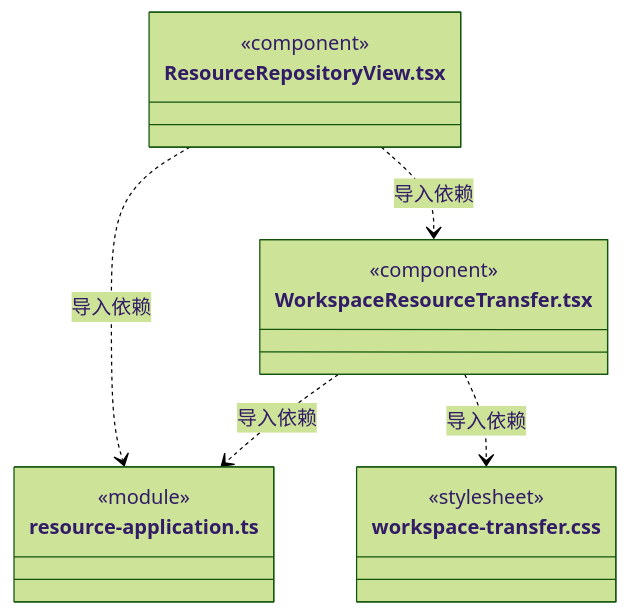
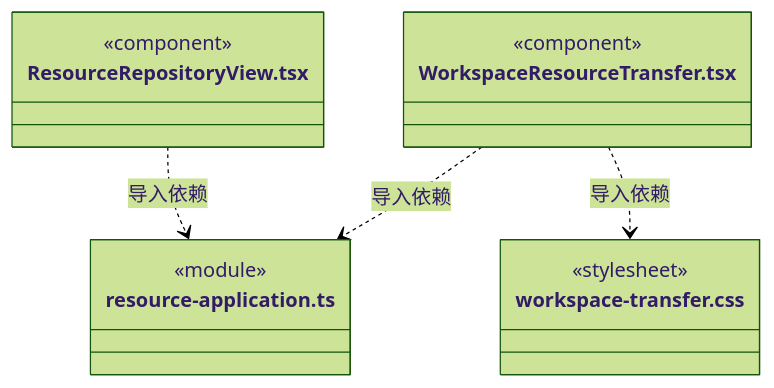
Diagram 15 of 15 in src/frontend/resources/ARCHITECTURE.md (nan023062/cbim), drawn with Mermaid (forest theme) before and after one commit. The commit also changed other lines of this file and 49 other files, not shown here.

````diff
--- a/src/frontend/resources/ARCHITECTURE.md
+++ b/src/frontend/resources/ARCHITECTURE.md
@@ -135,19 +251,18 @@
 ```mermaid
 classDiagram
 class N_src_frontend_resources_ResourceRepositoryView_tsx["ResourceRepositoryView.tsx"] {
   <<component>>
 }
+class N_src_frontend_resources_resource_application_ts["resource-application.ts"] {
+  <<module>>
+}
 class N_src_frontend_resources_WorkspaceResourceTransfer_tsx["WorkspaceResourceTransfer.tsx"] {
   <<component>>
-}
-class N_src_frontend_resources_resource_application_ts["resource-application.ts"] {
-  <<module>>
 }
 class N_src_frontend_resources_workspace_transfer_css["workspace-transfer.css"] {
   <<stylesheet>>
 }
-N_src_frontend_resources_ResourceRepositoryView_tsx ..> N_src_frontend_resources_WorkspaceResourceTransfer_tsx : 导入依赖
 N_src_frontend_resources_ResourceRepositoryView_tsx ..> N_src_frontend_resources_resource_application_ts : 导入依赖
 N_src_frontend_resources_WorkspaceResourceTransfer_tsx ..> N_src_frontend_resources_resource_application_ts : 导入依赖
 N_src_frontend_resources_WorkspaceResourceTransfer_tsx ..> N_src_frontend_resources_workspace_transfer_css : 导入依赖
 ```
````
